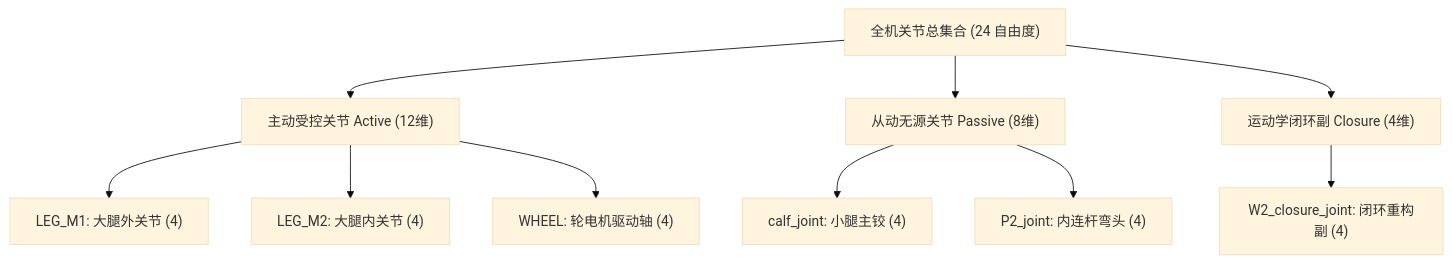
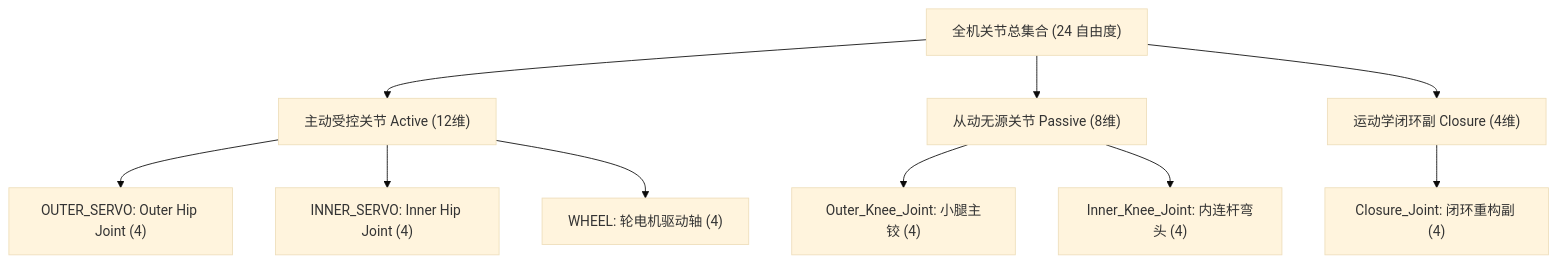
The diagram in docs/evidence/E-VAL-001-仿真资产静态执行器与被动关节空间划分校验报告.md (Kytolly/wiki-tutorial-Isaac), drawn with Mermaid (base theme) before and after one commit. The commit also changed other lines of this file and 133 other files, not shown here.

First line of the commit message:
refactor(wiki): finalize semantic cleanup, capability-oriented M3 gates, and freeze architecture

````diff
--- a/docs/evidence/E-VAL-001-仿真资产静态执行器与被动关节空间划分校验报告.md
+++ b/docs/evidence/E-VAL-001-仿真资产静态执行器与被动关节空间划分校验报告.md
@@ -33,16 +32,16 @@
 ```mermaid
 graph TD
     Root["全机关节总集合 (24 自由度)"]
     Root --> Active["主动受控关节 Active (12维)"]
     Root --> Passive["从动无源关节 Passive (8维)"]
     Root --> Closure["运动学闭环副 Closure (4维)"]
 
-    Active --> M1["LEG_M1: 大腿外关节 (4)"]
-    Active --> M2["LEG_M2: 大腿内关节 (4)"]
+    Active --> M1["OUTER_SERVO: Outer Hip Joint (4)"]
+    Active --> M2["INNER_SERVO: Inner Hip Joint (4)"]
     Active --> WH["WHEEL: 轮电机驱动轴 (4)"]
 
-    Passive --> Calf["calf_joint: 小腿主铰 (4)"]
-    Passive --> P2["P2_joint: 内连杆弯头 (4)"]
+    Passive --> Calf["Outer_Knee_Joint: 小腿主铰 (4)"]
+    Passive --> P2["Inner_Knee_Joint: 内连杆弯头 (4)"]
 
-    Closure --> W2["W2_closure_joint: 闭环重构副 (4)"]
+    Closure --> W2["Closure_Joint: 闭环重构副 (4)"]
 ```
````
